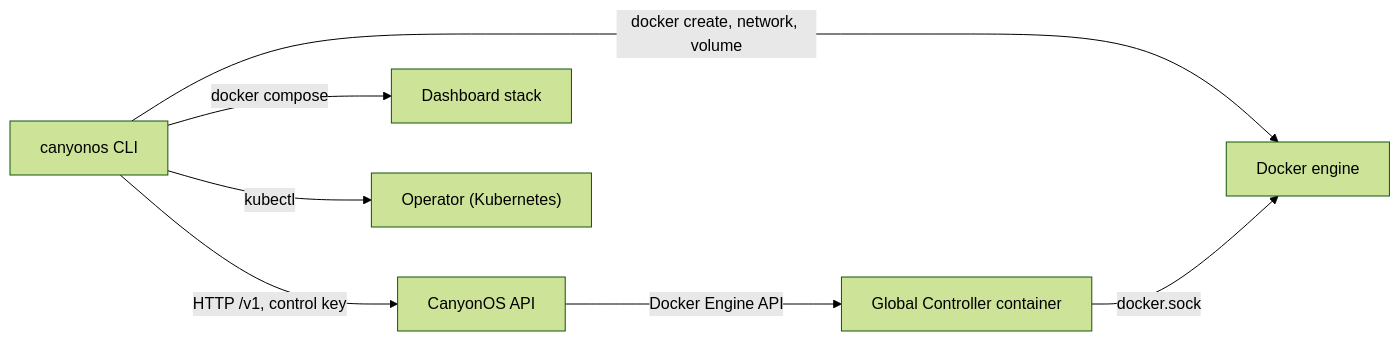
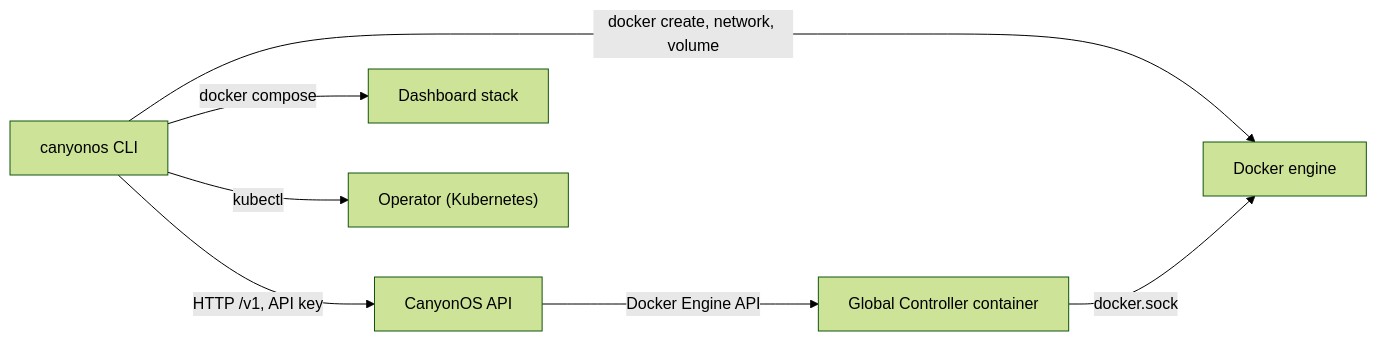
The diagram in docs/architecture/CLI.md (CanyonCodeCoreAI/canyonos), drawn with Mermaid (forest theme) before and after one commit. The commit also changed other lines of this file and 33 other files, not shown here.

````diff
--- a/docs/architecture/CLI.md
+++ b/docs/architecture/CLI.md
@@ -11,15 +11,15 @@
 ```mermaid
 flowchart LR
     CLI["canyonos CLI"]
     API["CanyonOS API"]
     GC["Global Controller container"]
     Docker["Docker engine"]
     Dash["Dashboard stack"]
     Op["Operator (Kubernetes)"]
-    CLI -->|"HTTP /v1, control key"| API
+    CLI -->|"HTTP /v1, API key"| API
     API -->|"Docker Engine API"| GC
     CLI -->|"docker create, network, volume"| Docker
     CLI -->|"docker compose"| Dash
     CLI -->|"kubectl"| Op
     GC -->|"docker.sock"| Docker
 ```
````
